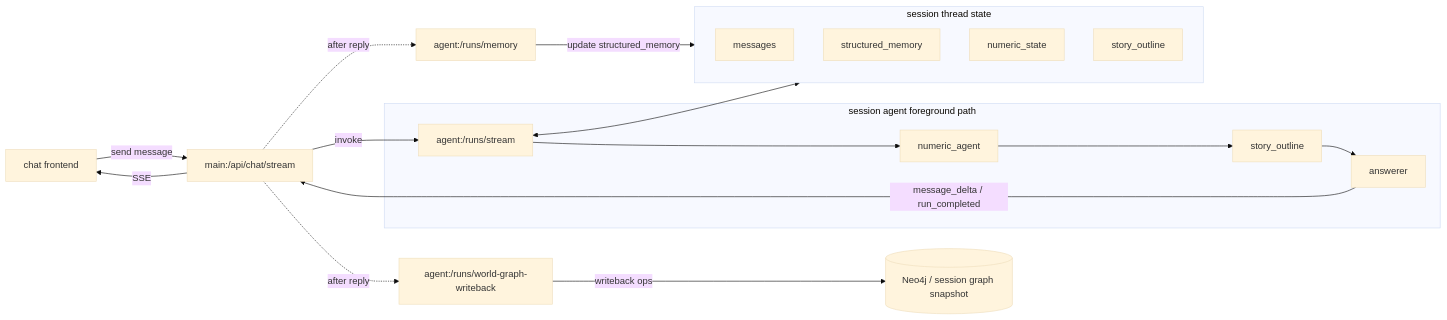
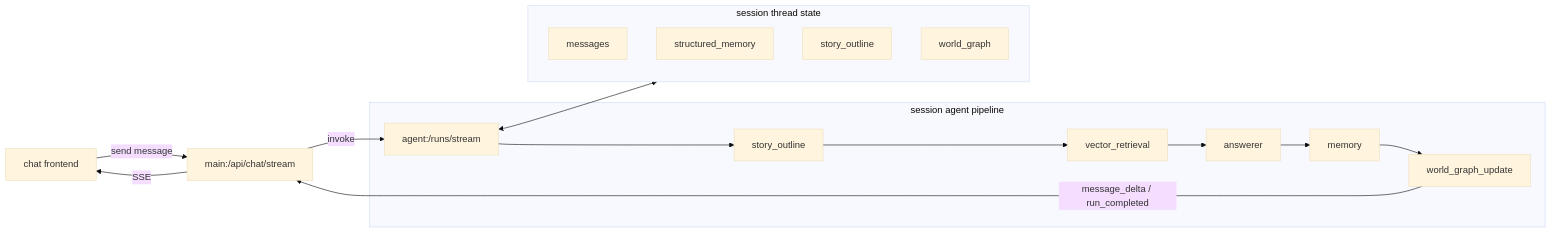
Before and after one commit to zrbyhelp/MyAiChat: the second of 2 diagrams in README.en.md, drawn with Mermaid (base theme). The commit also changed other lines of this file and 6 other files, not shown here.

Commit message:
Unify world graph update flow and refresh docs

````diff
--- a/README.en.md
+++ b/README.en.md
@@ -103,26 +105,24 @@
 ```mermaid
 flowchart LR
   A[chat frontend] -->|send message| B[main:/api/chat/stream]
   B -->|invoke| C[agent:/runs/stream]
 
-  subgraph S[session agent foreground path]
-    C --> D[numeric_agent]
-    D --> E[story_outline]
+  subgraph S[session agent pipeline]
+    C --> D[story_outline]
+    D --> E[vector_retrieval]
     E --> F[answerer]
+    F --> G[memory]
+    G --> H[world_graph_update]
   end
 
   subgraph T[session thread state]
     T1[messages]
     T2[structured_memory]
-    T3[numeric_state]
-    T4[story_outline]
+    T3[story_outline]
+    T4[world_graph]
   end
 
   C <--> T
-  F -->|message_delta / run_completed| B
+  H -->|message_delta / run_completed| B
   B -->|SSE| A
-  B -. after reply .-> G[agent:/runs/memory]
-  G -->|update structured_memory| T
-  B -. after reply .-> H[agent:/runs/world-graph-writeback]
-  H -->|writeback ops| I[(Neo4j / session graph snapshot)]
 ```
````
